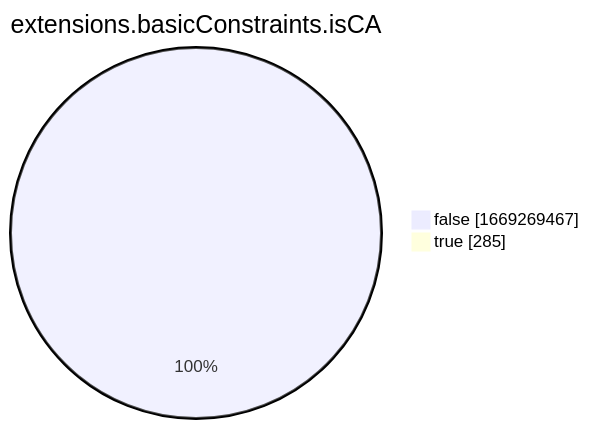
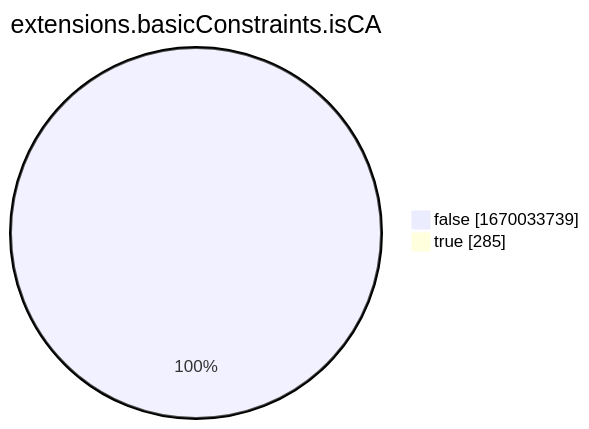
One commit to christiankrug/ctmonitor_visualization changed the eighth of 15 diagrams in xenon2022/README.md. Above: the diagram before and after it, drawn with Mermaid. The commit also changed other lines of this file, not shown here.

````diff
--- a/xenon2022/README.md
+++ b/xenon2022/README.md
@@ -2865,6 +2865,6 @@
 ```mermaid
 pie showData
 title extensions.basicConstraints.isCA
-"false" :1669269467
+"false" :1670033739
 "true" :285
 ```
````
